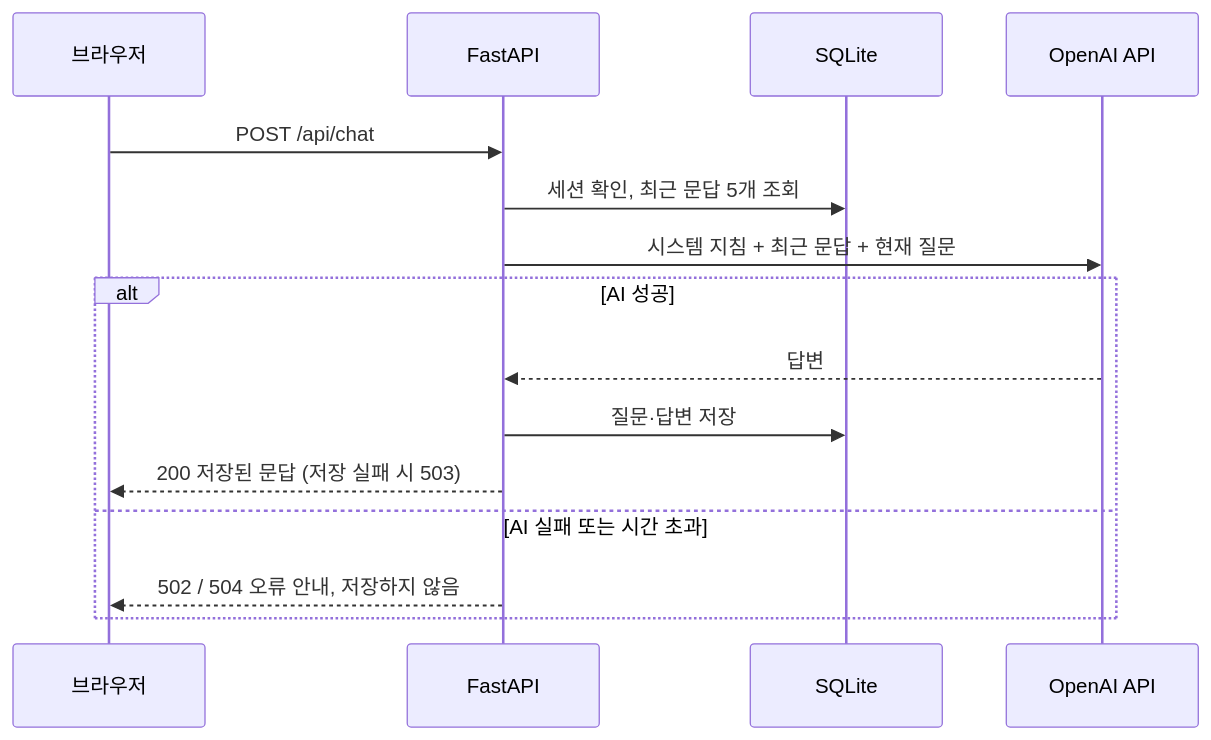
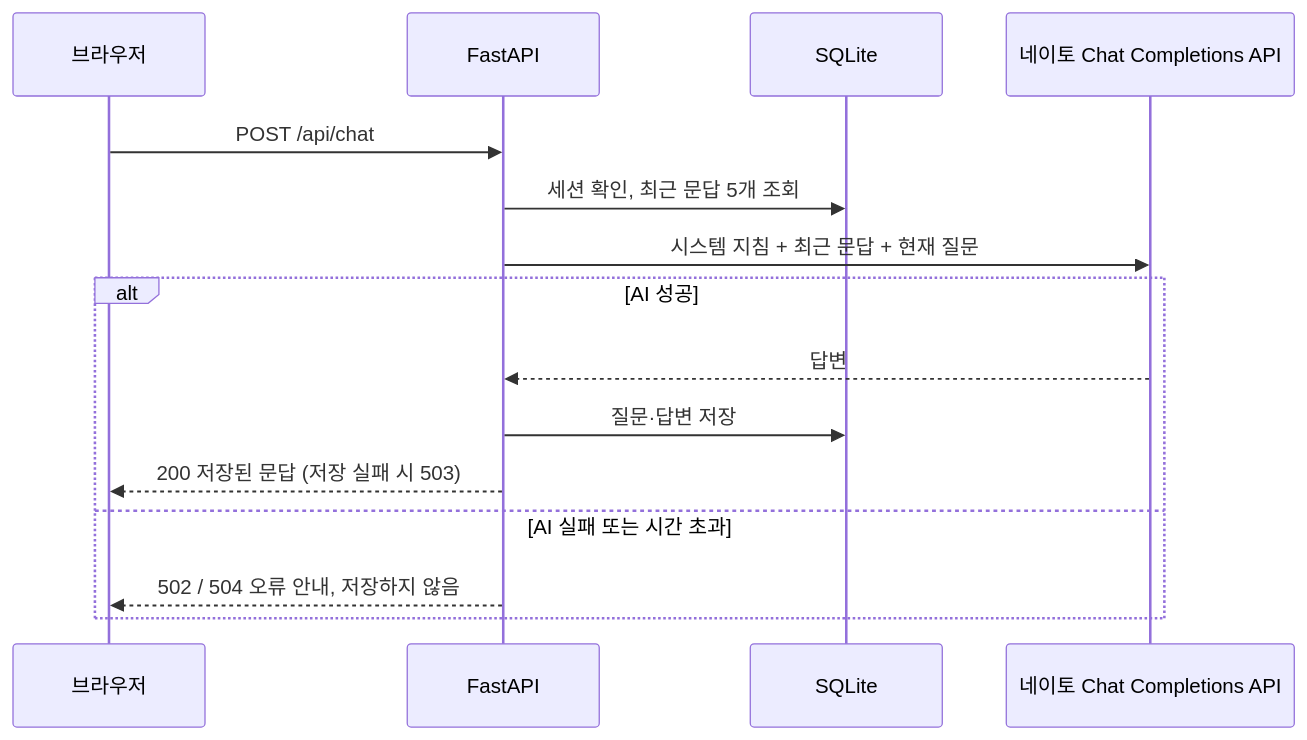
Before and after one commit to 1st0Groom/B7-1: the third of 3 diagrams in docs/design.md, drawn with Mermaid. The commit also changed other lines of this file and 9 other files, not shown here.

Commit message:
feat: 네이토 Chat Completions 연동

````diff
--- a/docs/design.md
+++ b/docs/design.md
@@ -88,17 +88,17 @@
 ```mermaid
 sequenceDiagram
     participant B as 브라우저
     participant F as FastAPI
     participant D as SQLite
-    participant A as OpenAI API
+    participant A as 네이토 Chat Completions API
     B->>F: POST /api/chat
     F->>D: 세션 확인, 최근 문답 5개 조회
     F->>A: 시스템 지침 + 최근 문답 + 현재 질문
     alt AI 성공
         A-->>F: 답변
         F->>D: 질문·답변 저장
         F-->>B: 200 저장된 문답 (저장 실패 시 503)
     else AI 실패 또는 시간 초과
         F-->>B: 502 / 504 오류 안내, 저장하지 않음
     end
 ```
````
